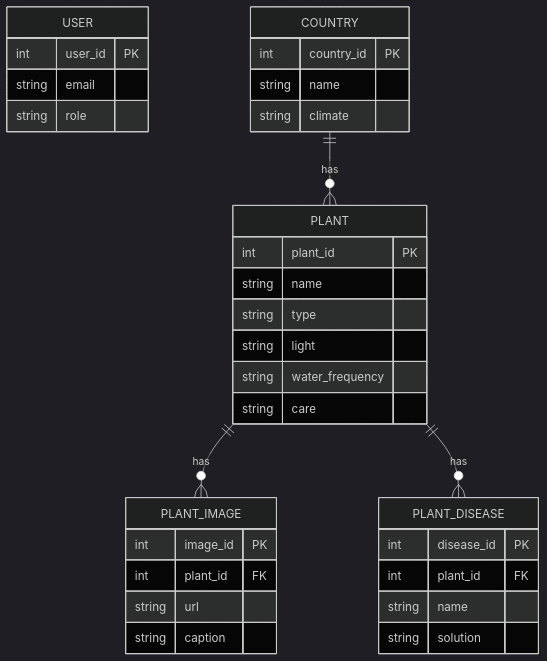
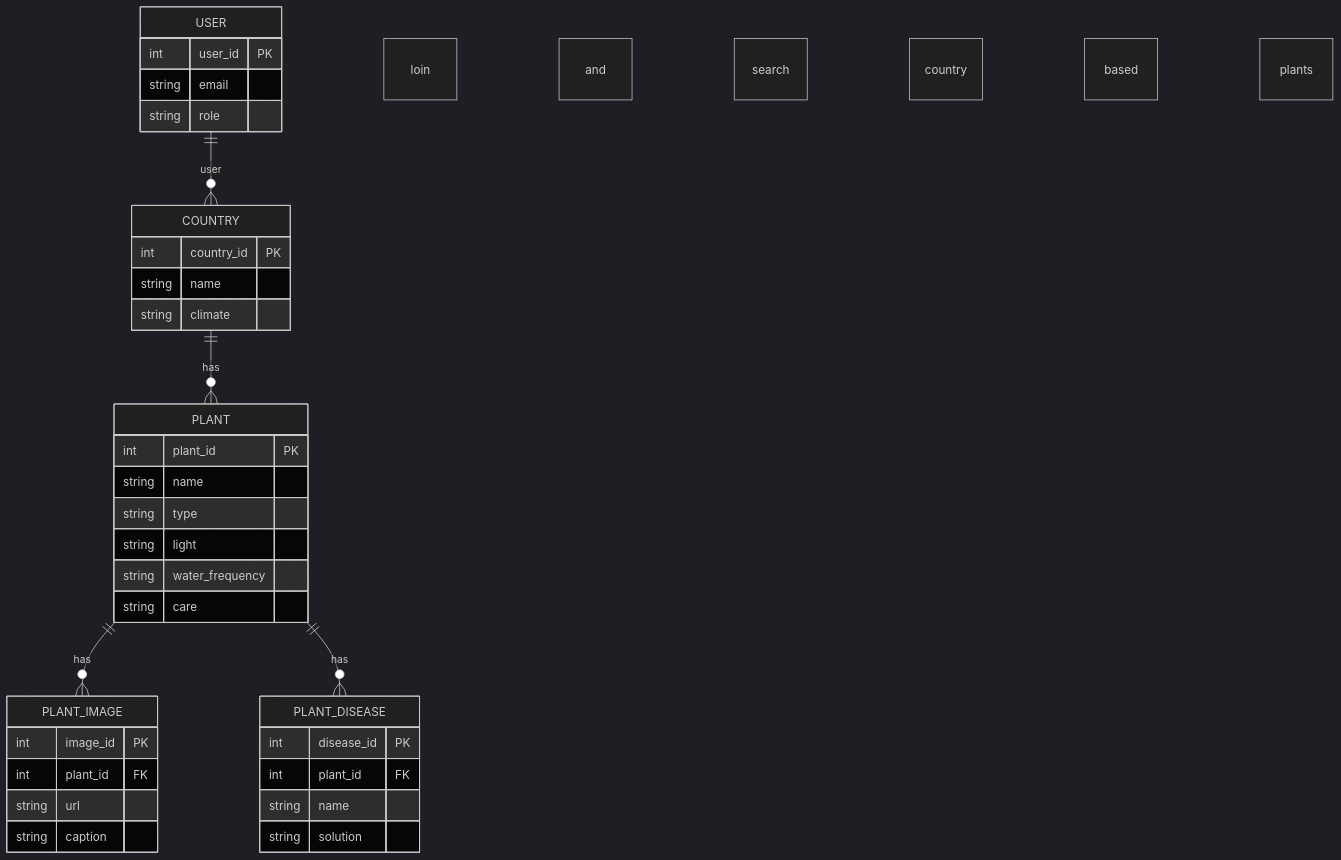
One commit to AnikaTasniaSadia/Plant_Care_Assistant- changed the second of 4 diagrams in README.md. Above: the diagram before and after it, drawn with Mermaid (dark theme). The commit also changed other lines of this file, not shown here.

````diff
--- a/README.md
+++ b/README.md
@@ -167,37 +167,38 @@
 ```mermaid
 erDiagram
   USER {
     int user_id PK
     string email
     string role
   }
   COUNTRY {
     int country_id PK
     string name
     string climate
   }
   PLANT {
     int plant_id PK
     string name
     string type
     string light
     string water_frequency
     string care
   }
   PLANT_IMAGE {
     int image_id PK
     int plant_id FK
     string url
     string caption
   }
   PLANT_DISEASE {
     int disease_id PK
     int plant_id FK
     string name
     string solution
   }
 
+   USER  ||--o{ COUNTRY : user loin and search country based plants
   COUNTRY ||--o{ PLANT : has
   PLANT ||--o{ PLANT_IMAGE : has
   PLANT ||--o{ PLANT_DISEASE : has
 ```
````
